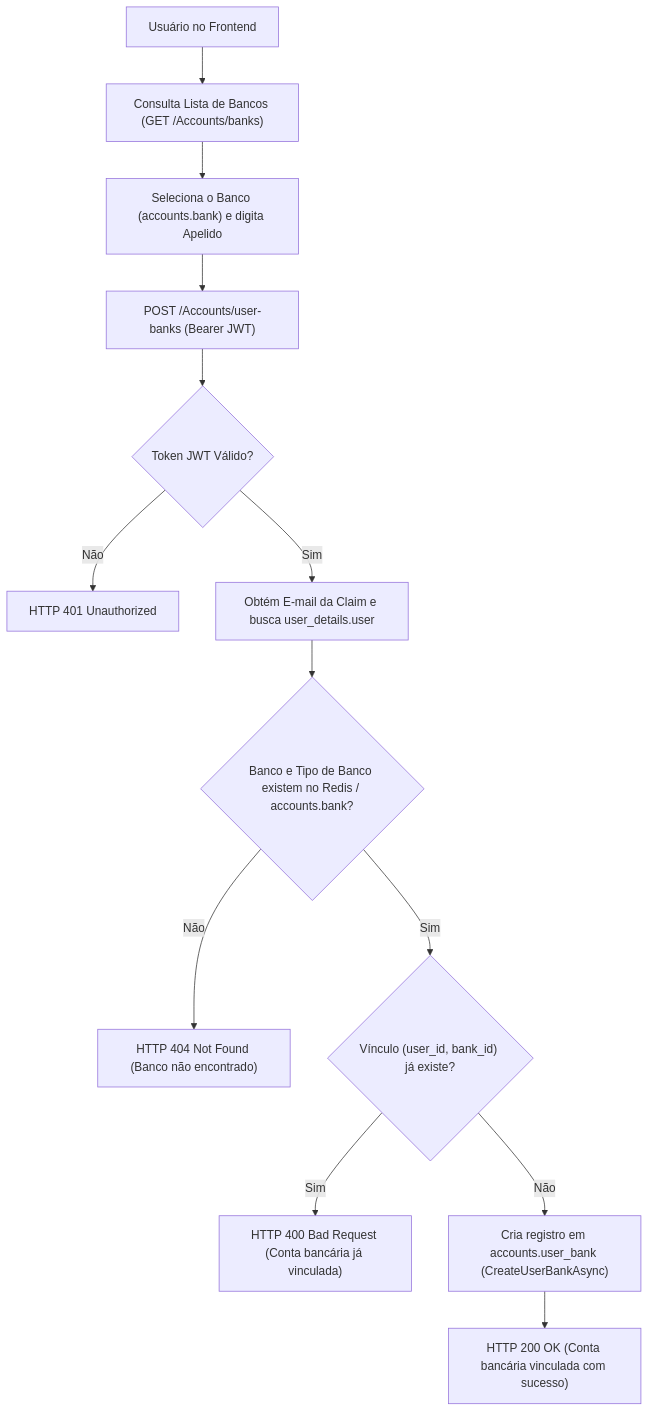
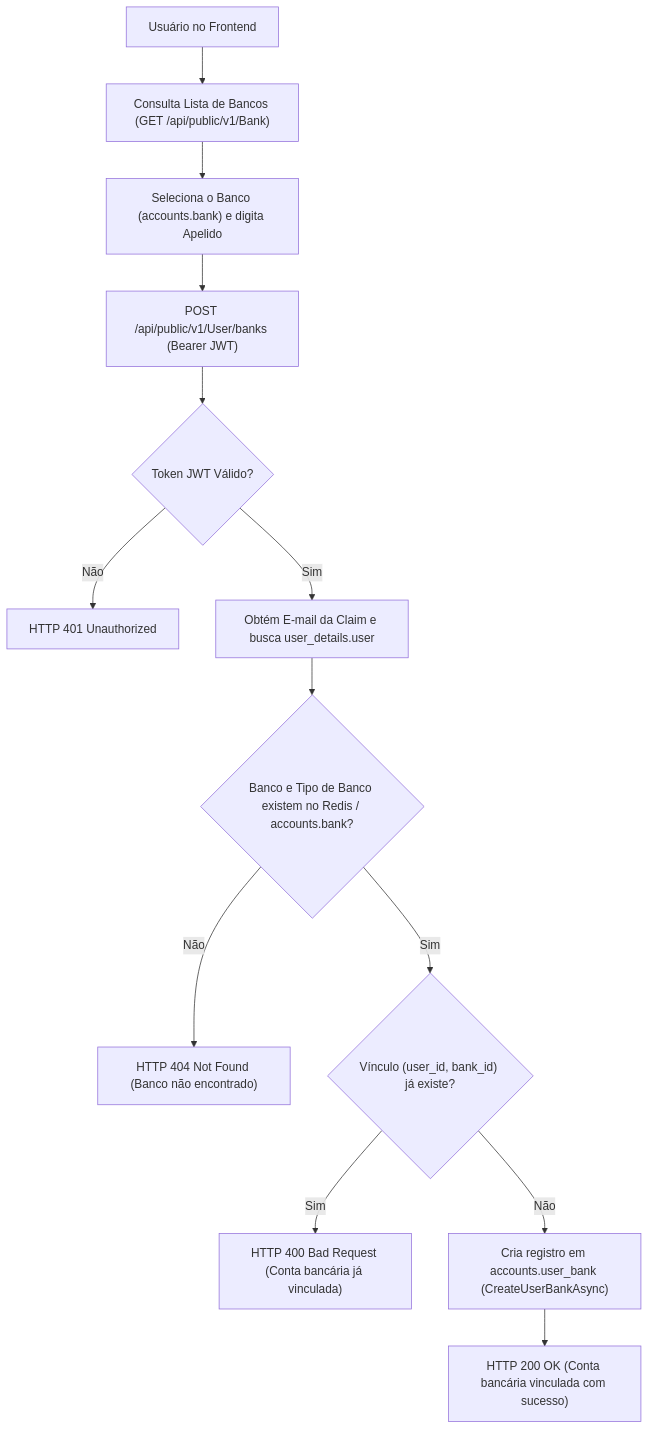
The first of 2 diagrams in docs/config/docs/content/FluxosNegocio/gestao_contas_cartoes.md (pedrovtof/Nievo-easy-fin), drawn with Mermaid before and after one commit. The commit also changed other lines of this file and 33 other files, not shown here.

````diff
--- a/docs/config/docs/content/FluxosNegocio/gestao_contas_cartoes.md
+++ b/docs/config/docs/content/FluxosNegocio/gestao_contas_cartoes.md
@@ -9,19 +9,19 @@
 ```mermaid
 flowchart TD
-    User["Usuário no Frontend"] --> SearchBank["Consulta Lista de Bancos (GET /Accounts/banks)"]
+    User["Usuário no Frontend"] --> SearchBank["Consulta Lista de Bancos (GET /api/public/v1/Bank)"]
     SearchBank --> SelectBank["Seleciona o Banco (accounts.bank) e digita Apelido"]
-    SelectBank --> PostUserBank["POST /Accounts/user-banks (Bearer JWT)"]
+    SelectBank --> PostUserBank["POST /api/public/v1/User/banks (Bearer JWT)"]
     
     PostUserBank --> CheckAuth{"Token JWT Válido?"}
     CheckAuth -->|Não| HTTP401["HTTP 401 Unauthorized"]
     CheckAuth -->|Sim| FindUser["Obtém E-mail da Claim e busca user_details.user"]
 
     FindUser --> FindBank{"Banco e Tipo de Banco existem no Redis / accounts.bank?"}
     FindBank -->|Não| HTTP404["HTTP 404 Not Found (Banco não encontrado)"]
 
     FindBank -->|Sim| CheckExists{"Vínculo (user_id, bank_id) já existe?"}
     CheckExists -->|Sim| HTTP400["HTTP 400 Bad Request (Conta bancária já vinculada)"]
 
     CheckExists -->|Não| SaveUserBank["Cria registro em accounts.user_bank (CreateUserBankAsync)"]
     SaveUserBank --> HTTP200["HTTP 200 OK (Conta bancária vinculada com sucesso)"]
 ```
````
